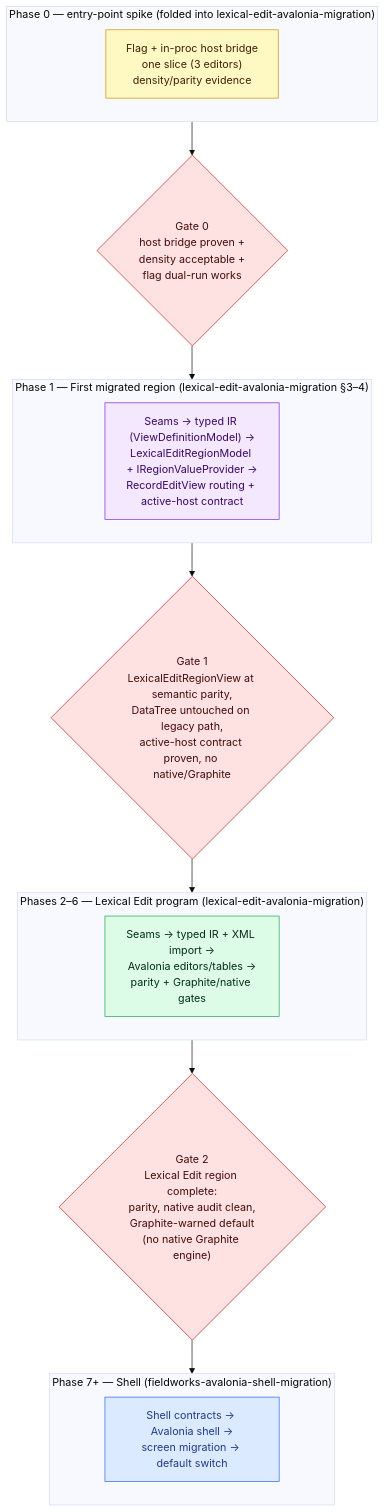
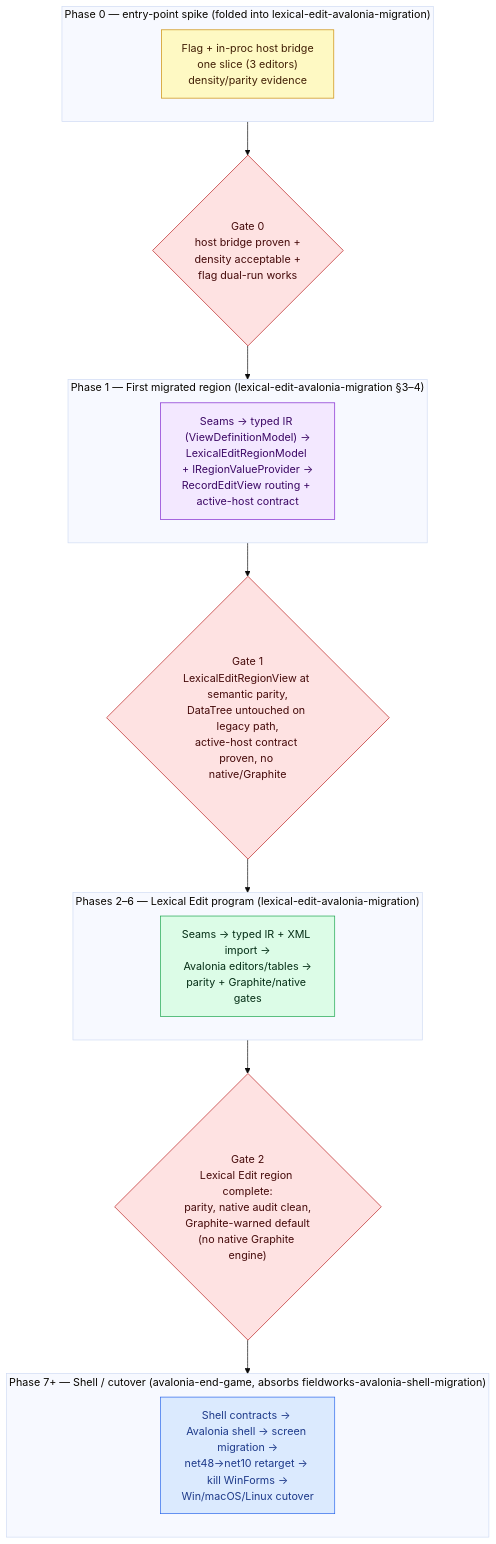
The first of 2 diagrams in openspec/changes/avalonia-migration-roadmap/design.md (sillsdev/FieldWorks), drawn with Mermaid (base theme) before and after one commit. The commit also changed other lines of this file and 197 other files, not shown here.

````diff
--- a/openspec/changes/avalonia-migration-roadmap/design.md
+++ b/openspec/changes/avalonia-migration-roadmap/design.md
@@ -78,31 +79,31 @@
 ```mermaid
 flowchart TB
   subgraph P0["Phase 0 — entry-point spike (folded into lexical-edit-avalonia-migration)"]
     direction LR
     A0["Flag + in-proc host bridge<br/>one slice (3 editors)<br/>density/parity evidence"]:::spike
   end
   subgraph P1["Phase 1 — First migrated region (lexical-edit-avalonia-migration §3–4)"]
     direction LR
     A1["Seams → typed IR (ViewDefinitionModel) →<br/>LexicalEditRegionModel + IRegionValueProvider →<br/>RecordEditView routing + active-host contract"]:::region
   end
   subgraph P2["Phases 2–6 — Lexical Edit program (lexical-edit-avalonia-migration)"]
     direction LR
     A2["Seams → typed IR + XML import →<br/>Avalonia editors/tables →<br/>parity + Graphite/native gates"]:::spine
   end
-  subgraph P7["Phase 7+ — Shell (fieldworks-avalonia-shell-migration)"]
+  subgraph P7["Phase 7+ — Shell / cutover (avalonia-end-game, absorbs fieldworks-avalonia-shell-migration)"]
     direction LR
-    A7["Shell contracts → Avalonia shell →<br/>screen migration → default switch"]:::shell
+    A7["Shell contracts → Avalonia shell → screen migration →<br/>net48→net10 retarget → kill WinForms →<br/>Win/macOS/Linux cutover"]:::shell
   end
 
   G0{"Gate 0<br/>host bridge proven +<br/>density acceptable +<br/>flag dual-run works"}:::gate
   G1{"Gate 1<br/>LexicalEditRegionView at semantic parity,<br/>DataTree untouched on legacy path,<br/>active-host contract proven, no native/Graphite"}:::gate
   G2{"Gate 2<br/>Lexical Edit region complete:<br/>parity, native audit clean,<br/>Graphite-warned default<br/>(no native Graphite engine)"}:::gate
 
   P0 --> G0 --> P1 --> G1 --> P2 --> G2 --> P7
 
   classDef spike fill:#fef9c3,stroke:#ca8a04,color:#422006;
   classDef region fill:#f3e8ff,stroke:#7e22ce,color:#3b0764;
   classDef spine fill:#dcfce7,stroke:#16a34a,color:#052e16;
   classDef shell fill:#dbeafe,stroke:#2563eb,color:#1e3a8a;
   classDef gate fill:#fee2e2,stroke:#b91c1c,color:#450a0a;
 ```
````
